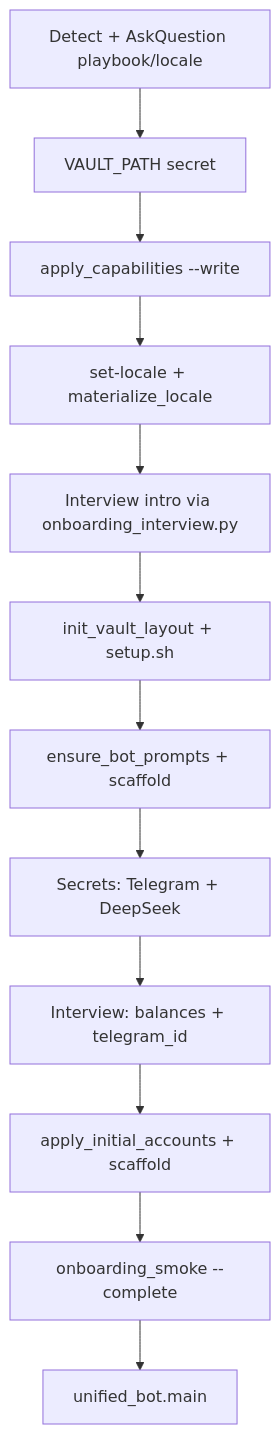
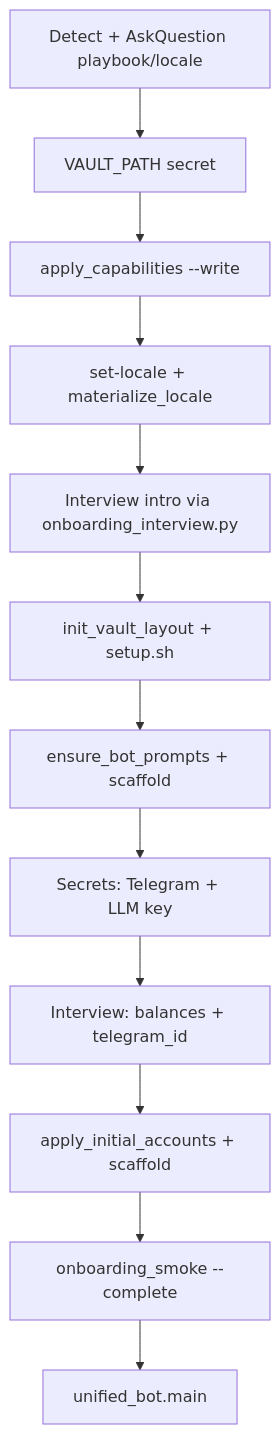
One commit to aeshef/obsidian-agent changed the diagram in .cursor/skills/obsidian-agent-onboarding/SKILL.md. Above: the diagram before and after it, drawn with Mermaid. The commit also changed other lines of this file and 37 other files, not shown here.

````diff
--- a/.cursor/skills/obsidian-agent-onboarding/SKILL.md
+++ b/.cursor/skills/obsidian-agent-onboarding/SKILL.md
@@ -105,14 +105,14 @@
 ```mermaid
 flowchart TD
   A[Detect + AskQuestion playbook/locale] --> B[VAULT_PATH secret]
   B --> C[apply_capabilities --write]
   C --> D[set-locale + materialize_locale]
   D --> E[Interview intro via onboarding_interview.py]
   E --> F[init_vault_layout + setup.sh]
   F --> G[ensure_bot_prompts + scaffold]
-  G --> H[Secrets: Telegram + DeepSeek]
+  G --> H[Secrets: Telegram + LLM key]
   H --> I[Interview: balances + telegram_id]
   I --> J[apply_initial_accounts + scaffold]
   J --> K[onboarding_smoke --complete]
   K --> L[unified_bot.main]
 ```
````
